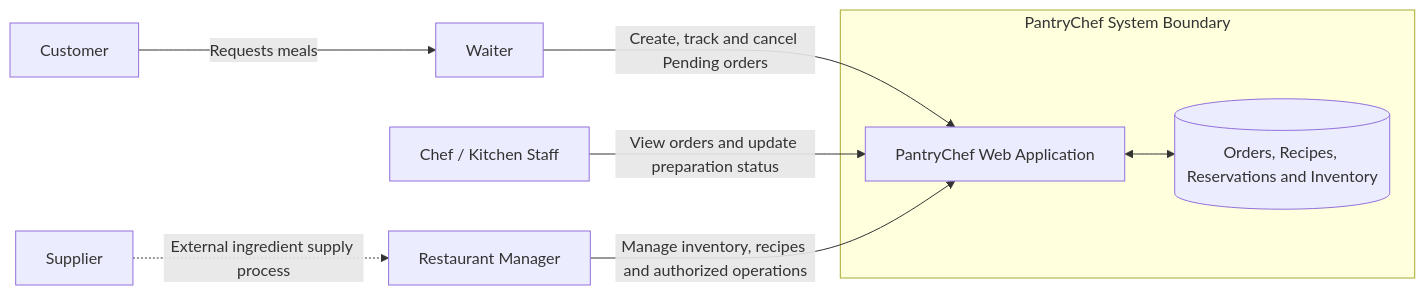
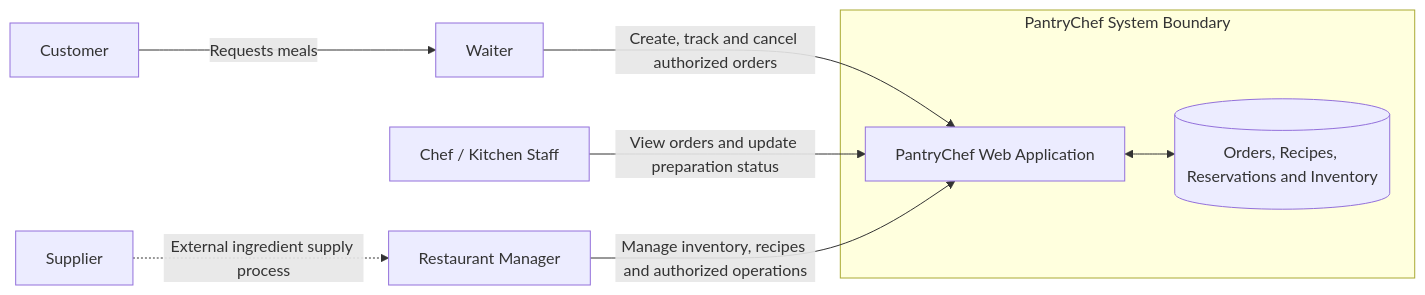
One commit to seng321-7th-team/PantryChef changed the first of 2 diagrams in docs/system-vision.md. Above: the diagram before and after it, drawn with Mermaid. The commit also changed other lines of this file, not shown here.

Commit message:
docs: align system vision with updated proposal

````diff
--- a/docs/system-vision.md
+++ b/docs/system-vision.md
@@ -100,20 +106,20 @@
 ```mermaid
 flowchart LR
     Customer["Customer"]
     Supplier["Supplier"]
     Waiter["Waiter"]
     Chef["Chef / Kitchen Staff"]
     Manager["Restaurant Manager"]
 
     subgraph Boundary["PantryChef System Boundary"]
         System["PantryChef Web Application"]
         Data[("Orders, Recipes, Reservations and Inventory")]
         System <--> Data
     end
 
     Customer -->|"Requests meals"| Waiter
-    Waiter -->|"Create, track and cancel Pending orders"| System
+    Waiter -->|"Create, track and cancel authorized orders"| System
     Chef -->|"View orders and update preparation status"| System
     Manager -->|"Manage inventory, recipes and authorized operations"| System
     Supplier -.->|"External ingredient supply process"| Manager
 ```
````
